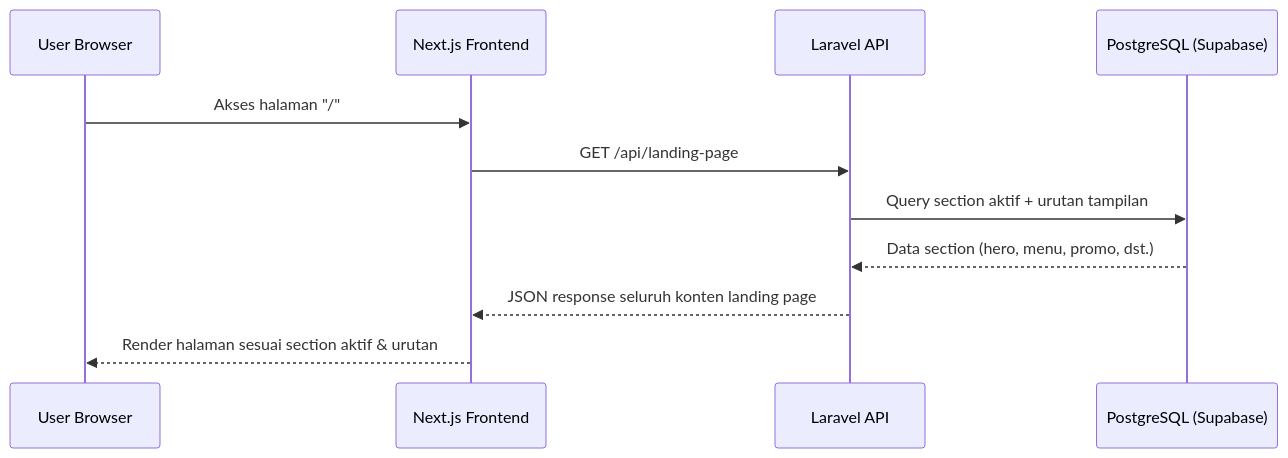
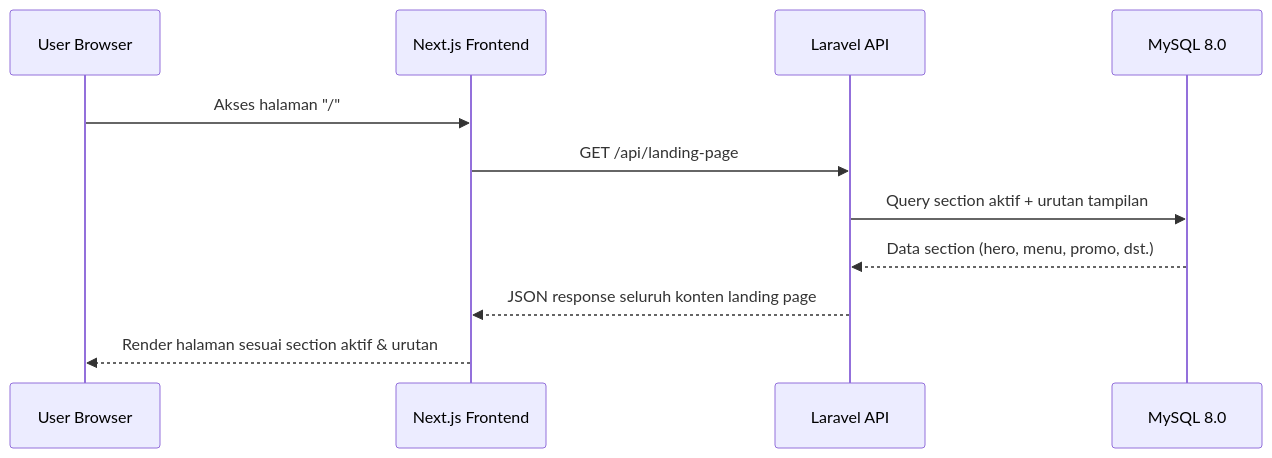
The first of 8 diagrams in docs/04_modules_specification.md (Gilangp/Cafe-POS), drawn with Mermaid before and after one commit. The commit also changed other lines of this file and 50 other files, not shown here.

Commit message:
feat: initialize core system architecture, database migrations, and documentation for coffee shop management platform

````diff
--- a/docs/04_modules_specification.md
+++ b/docs/04_modules_specification.md
@@ -28,14 +28,14 @@
 ```mermaid
 sequenceDiagram
     participant U as User Browser
     participant FE as Next.js Frontend
     participant BE as Laravel API
-    participant DB as PostgreSQL (Supabase)
+    participant DB as MySQL 8.0
 
     U->>FE: Akses halaman "/"
     FE->>BE: GET /api/landing-page
     BE->>DB: Query section aktif + urutan tampilan
     DB-->>BE: Data section (hero, menu, promo, dst.)
     BE-->>FE: JSON response seluruh konten landing page
     FE-->>U: Render halaman sesuai section aktif & urutan
 ```
````
